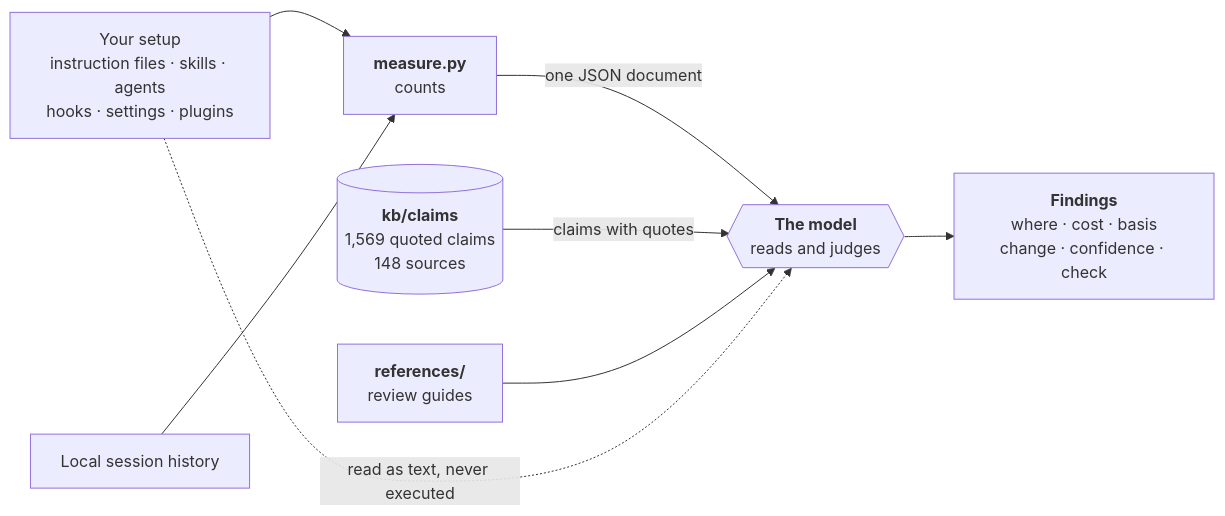
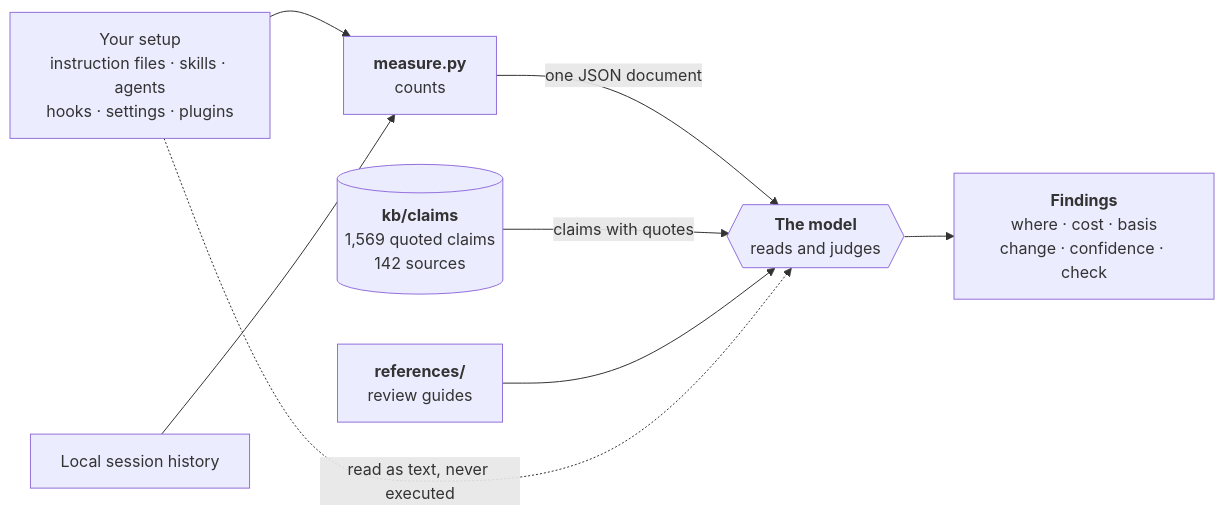
The first of 2 diagrams in README.md (l0z4n0-a1/skill-anthropic-grade-optimizer), drawn with Mermaid before and after one commit. The commit also changed other lines of this file and 14 other files, not shown here.

````diff
--- a/README.md
+++ b/README.md
@@ -63,18 +63,18 @@
 ```mermaid
 flowchart LR
     S["Your setup<br/>instruction files · skills · agents<br/>hooks · settings · plugins"]
     H["Local session history"]
     M["<b>measure.py</b><br/>counts"]
-    K[("<b>kb/claims</b><br/>1,569 quoted claims<br/>148 sources")]
+    K[("<b>kb/claims</b><br/>1,569 quoted claims<br/>142 sources")]
     G["<b>references/</b><br/>review guides"]
     R{{"<b>The model</b><br/>reads and judges"}}
     F["<b>Findings</b><br/>where · cost · basis<br/>change · confidence · check"]
 
     S --> M
     H --> M
     M -- "one JSON document" --> R
     K -- "claims with quotes" --> R
     G --> R
     S -. "read as text, never executed" .-> R
     R --> F
 ```
````
